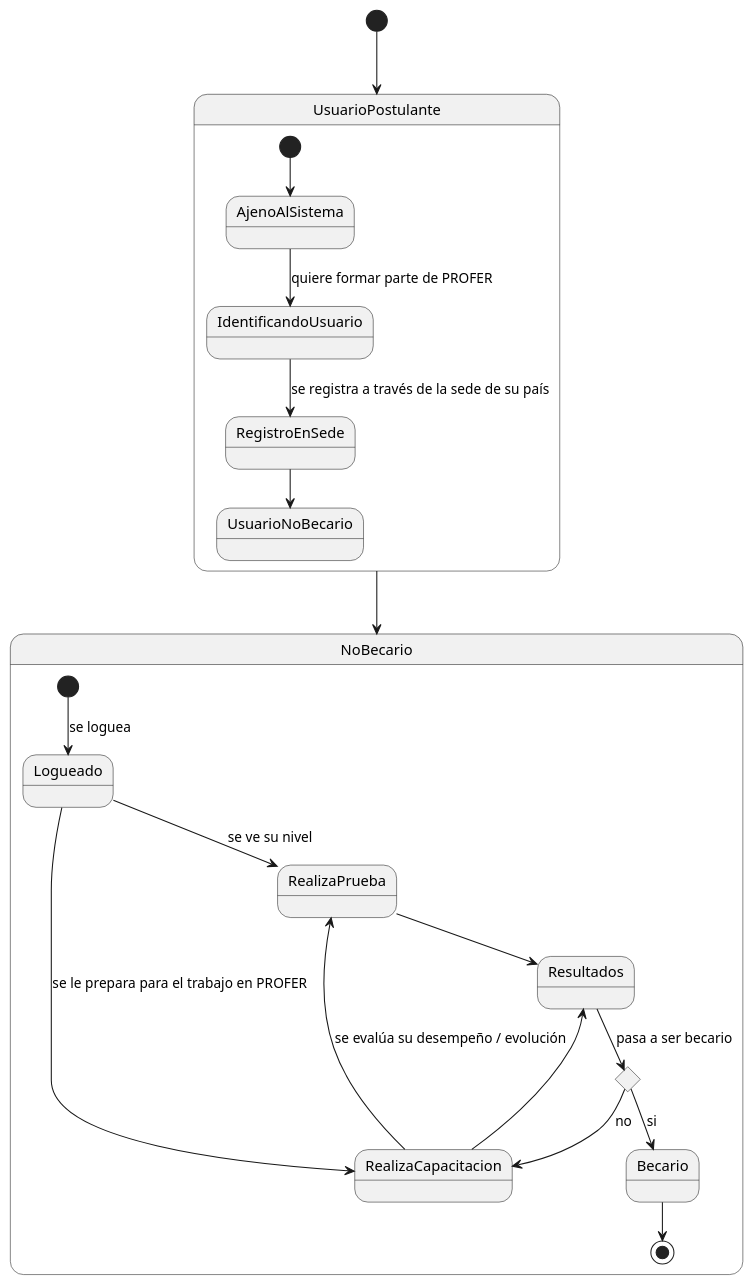
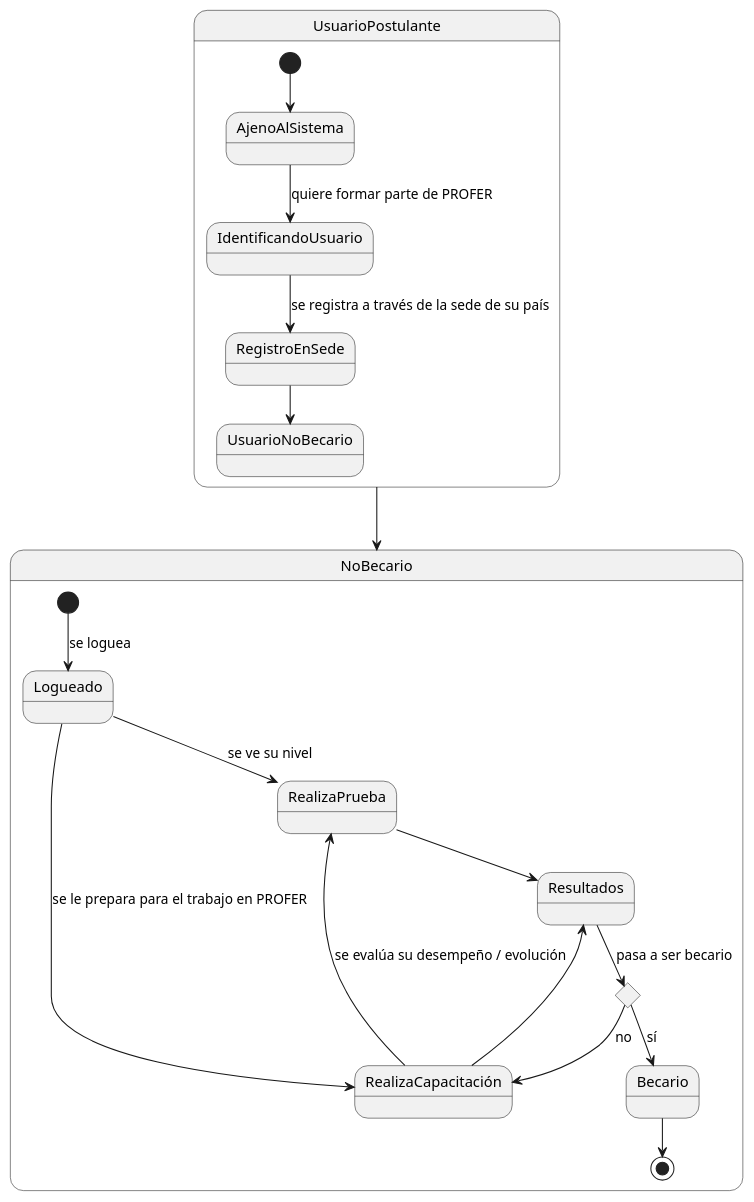
One commit to mmasias/24-25-IdSw1-SDR changed the diagram in modelo_del_dominio/diagramas_de_estados/estados_postulante.puml. Above: the diagram before and after it, drawn with PlantUML. The commit also changed 24 other files, not shown here.

First line of the commit message:
fix: Update for the domain model in the class diagram to fit client needs, also updated for the rest of the domain model sections

```diff
--- a/modelo_del_dominio/diagramas_de_estados/estados_postulante.puml
+++ b/modelo_del_dominio/diagramas_de_estados/estados_postulante.puml
@@ -1,27 +1,26 @@
-@startuml
-
-[*] --> UsuarioPostulante
+@startuml Diagrama_de_Estados_Postulante
+skinparam defaultTextAlignment center
 
 state UsuarioPostulante {
   [*] --> AjenoAlSistema
   AjenoAlSistema --> IdentificandoUsuario : quiere formar parte de PROFER
   IdentificandoUsuario --> RegistroEnSede : se registra a través de la sede de su país
   RegistroEnSede --> UsuarioNoBecario
 }
 
 UsuarioPostulante --> NoBecario
 
 state NoBecario {
   [*] --> Logueado : se loguea
   Logueado --> RealizaPrueba : se ve su nivel
-  Logueado --> RealizaCapacitacion : se le prepara para el trabajo en PROFER
+  Logueado --> RealizaCapacitación : se le prepara para el trabajo en PROFER
   RealizaPrueba --> Resultados
-  RealizaCapacitacion --> Resultados
-  RealizaCapacitacion --> RealizaPrueba : se evalúa su desempeño / evolución
-  state accion <<choice>>
-  Resultados --> accion : pasa a ser becario
-  accion --> Becario : si
-  accion --> RealizaCapacitacion : no
-  Becario --> [*] 
+  RealizaCapacitación --> Resultados
+  RealizaCapacitación --> RealizaPrueba : se evalúa su desempeño / evolución
+  state acción <<choice>>
+  Resultados --> acción : pasa a ser becario
+  acción --> Becario : sí
+  acción --> RealizaCapacitación : no
+  Becario --> [*]
 }
 @enduml
```
